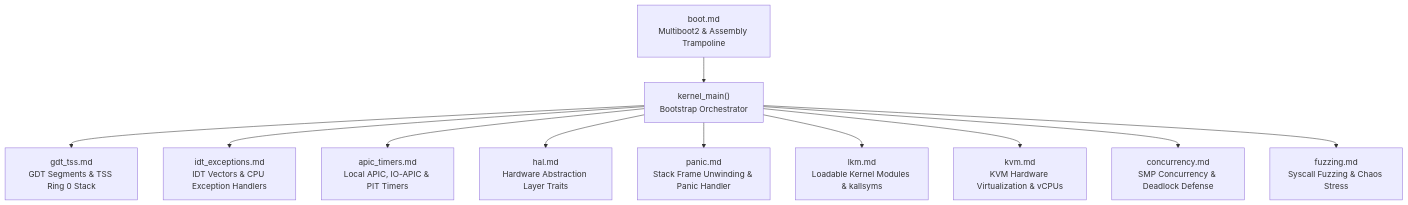
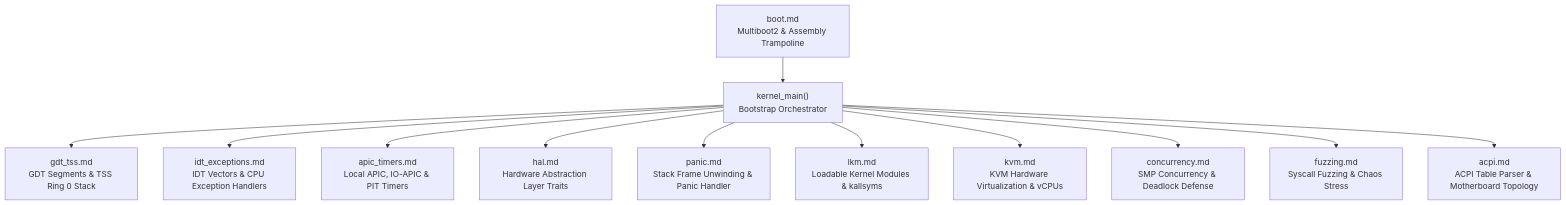
Before and after one commit to mrvlous/keira: the diagram in docs/kernel/README.md, drawn with Mermaid. The commit also changed other lines of this file and 13 other files, not shown here.

Commit message:
feat(arch): implement ACPI table parser and MADT hardware core discovery

````diff
--- a/docs/kernel/README.md
+++ b/docs/kernel/README.md
@@ -11,13 +11,14 @@
 ```mermaid
 graph TD
     Boot["boot.md<br/>Multiboot2 & Assembly Trampoline"] --> Main["kernel_main()<br/>Bootstrap Orchestrator"]
     Main --> GDT["gdt_tss.md<br/>GDT Segments & TSS Ring 0 Stack"]
     Main --> IDT["idt_exceptions.md<br/>IDT Vectors & CPU Exception Handlers"]
     Main --> APIC["apic_timers.md<br/>Local APIC, IO-APIC & PIT Timers"]
     Main --> HAL["hal.md<br/>Hardware Abstraction Layer Traits"]
     Main --> Panic["panic.md<br/>Stack Frame Unwinding & Panic Handler"]
     Main --> LKM["lkm.md<br/>Loadable Kernel Modules & kallsyms"]
     Main --> KVM["kvm.md<br/>KVM Hardware Virtualization & vCPUs"]
     Main --> Concurrency["concurrency.md<br/>SMP Concurrency & Deadlock Defense"]
     Main --> Fuzzing["fuzzing.md<br/>Syscall Fuzzing & Chaos Stress"]
+    Main --> ACPI["acpi.md<br/>ACPI Table Parser & Motherboard Topology"]
 ```
````
